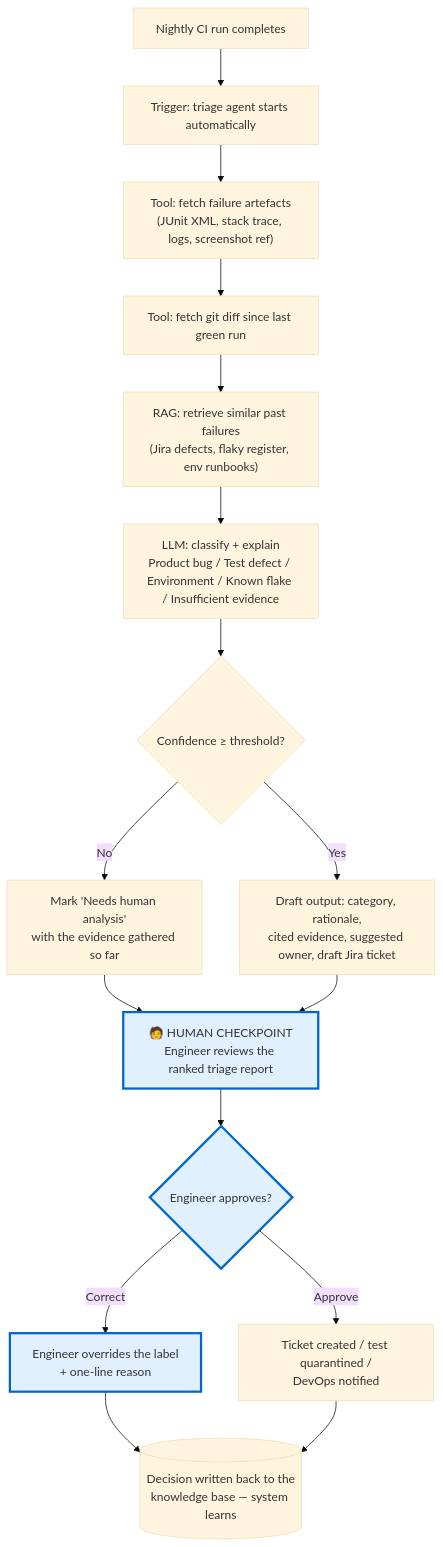
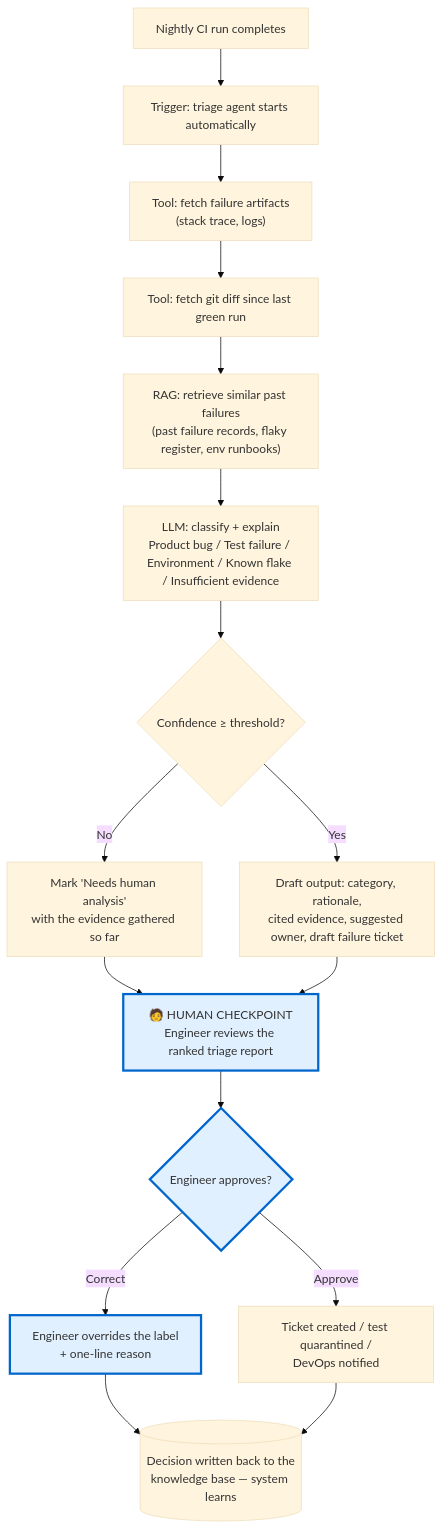
One commit to pg-wko/day4-capstone changed the second of 3 diagrams in Day4_Capstone_Playbook_FILLED.md. Above: the diagram before and after it, drawn with Mermaid (base theme). The commit also changed other lines of this file, not shown here.

````diff
--- a/Day4_Capstone_Playbook_FILLED.md
+++ b/Day4_Capstone_Playbook_FILLED.md
@@ -125,21 +127,21 @@
 ```mermaid
 flowchart TD
     A[Nightly CI run completes] --> B[Trigger: triage agent starts automatically]
-    B --> C["Tool: fetch failure artefacts<br/>(JUnit XML, stack trace, logs, screenshot ref)"]
+    B --> C["Tool: fetch failure artifacts<br/>(stack trace, logs)"]
     C --> D["Tool: fetch git diff since last green run"]
-    D --> E["RAG: retrieve similar past failures<br/>(Jira defects, flaky register, env runbooks)"]
-    E --> F["LLM: classify + explain<br/>Product bug / Test defect / Environment / Known flake / Insufficient evidence"]
+    D --> E["RAG: retrieve similar past failures<br/>(past failure records, flaky register, env runbooks)"]
+    E --> F["LLM: classify + explain<br/>Product bug / Test failure / Environment / Known flake / Insufficient evidence"]
     F --> G{Confidence ≥ threshold?}
     G -- No --> H["Mark 'Needs human analysis'<br/>with the evidence gathered so far"]
-    G -- Yes --> I[Draft output: category, rationale,<br/>cited evidence, suggested owner, draft Jira ticket]
+    G -- Yes --> I[Draft output: category, rationale,<br/>cited evidence, suggested owner, draft failure ticket]
     H --> J
     I --> J["🧑 HUMAN CHECKPOINT<br/>Engineer reviews the ranked triage report"]
     J --> K{Engineer approves?}
     K -- Approve --> L[Ticket created / test quarantined /<br/>DevOps notified]
     K -- Correct --> M[Engineer overrides the label<br/>+ one-line reason]
     M --> N[(Decision written back to the<br/>knowledge base — system learns)]
     L --> N
 
     classDef human fill:#e0f0ff,stroke:#06c,stroke-width:3px
     class J,K,M human
 ```
````
